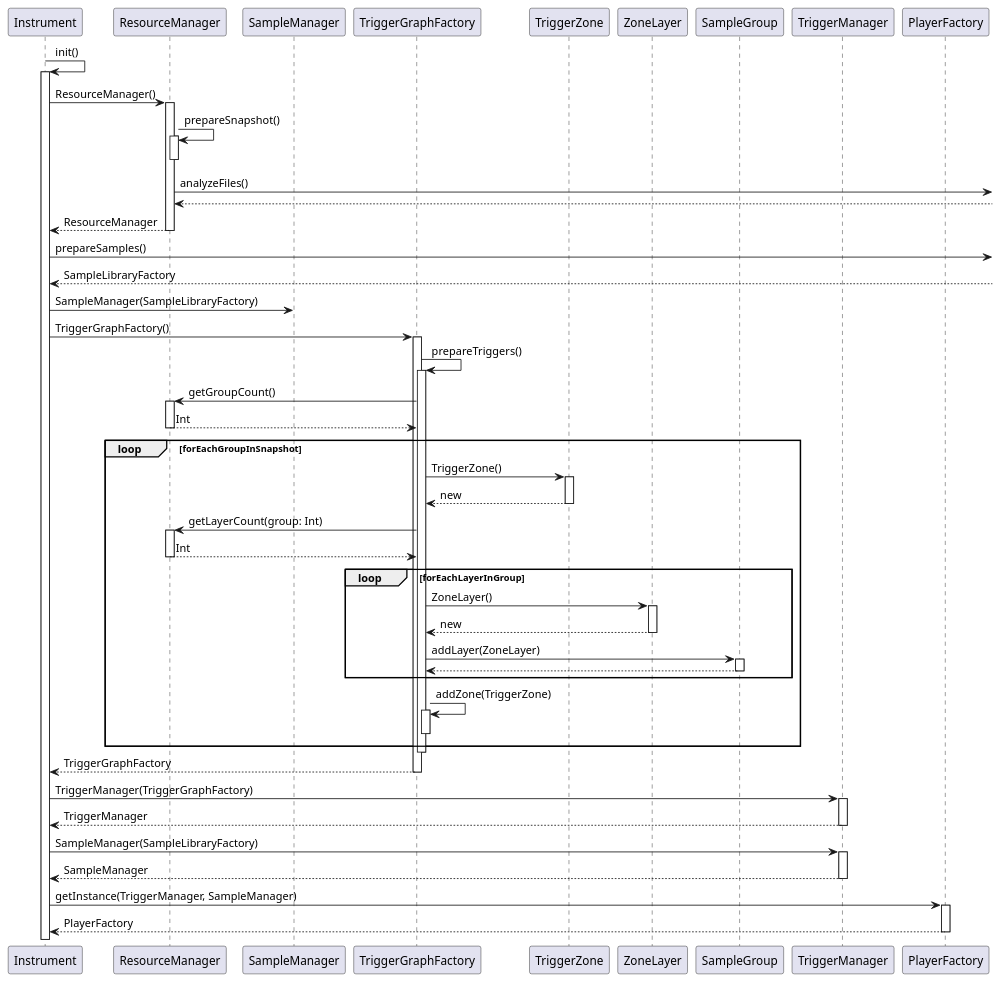
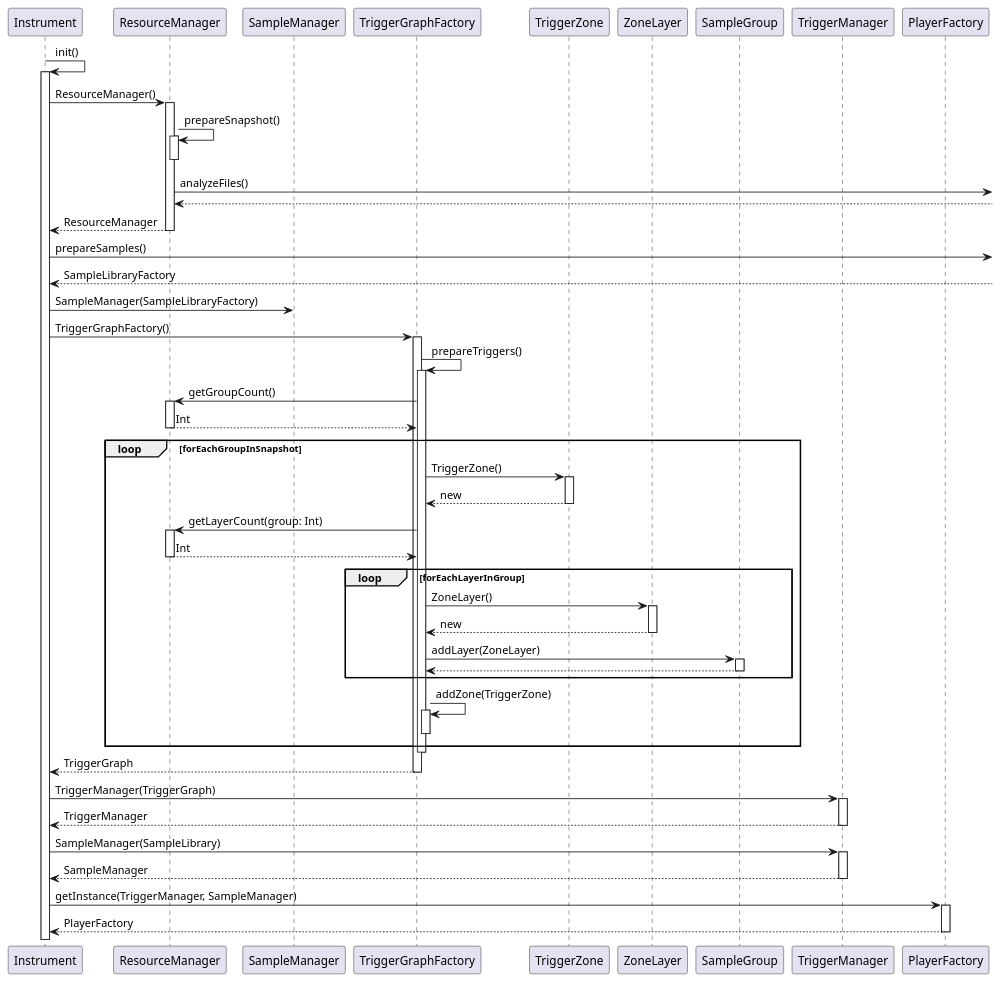
One commit to tunepruner/FingerPerc changed the diagram in app/Documentation/prepareTriggerSequence.puml. Above: the diagram before and after it, drawn with PlantUML. The commit also changed 26 other files, not shown here.

Commit message:
Finishes basics of both prepareSequences

```diff
--- a/app/Documentation/prepareTriggerSequence.puml
+++ b/app/Documentation/prepareTriggerSequence.puml
@@ -1,52 +1,52 @@
 @startuml
 Instrument->Instrument++: init()
 
 Instrument->ResourceManager++: ResourceManager()
 ResourceManager->ResourceManager++: prepareSnapshot()
 deactivate
 ResourceManager->: analyzeFiles()
 ResourceManager<--
 return ResourceManager
 Instrument->: prepareSamples()
 Instrument<--:SampleLibraryFactory
 
 
 Instrument->SampleManager: SampleManager(SampleLibraryFactory)
 
 
 Instrument->TriggerGraphFactory++: TriggerGraphFactory()
 TriggerGraphFactory->TriggerGraphFactory++: prepareTriggers()
 TriggerGraphFactory->ResourceManager++: getGroupCount()
 return Int
 
 
 loop forEachGroupInSnapshot
 TriggerGraphFactory->TriggerZone++: TriggerZone()
 return new
 TriggerGraphFactory->ResourceManager++: getLayerCount(group: Int)
 return Int
 loop forEachLayerInGroup
 TriggerGraphFactory->ZoneLayer++: ZoneLayer()
 return new
 
 
 TriggerGraphFactory->SampleGroup++:addLayer(ZoneLayer)
 return
 end loop
 TriggerGraphFactory->TriggerGraphFactory++: addZone(TriggerZone)
 deactivate
 end loop
 deactivate
-return TriggerGraphFactory
+return TriggerGraph
 
 
-Instrument->TriggerManager++: TriggerManager(TriggerGraphFactory)
+Instrument->TriggerManager++: TriggerManager(TriggerGraph)
 return TriggerManager
 
-Instrument->TriggerManager++: SampleManager(SampleLibraryFactory)
+Instrument->TriggerManager++: SampleManager(SampleLibrary)
 return SampleManager
 
 
 Instrument->PlayerFactory++: getInstance(TriggerManager, SampleManager)
 return PlayerFactory
 @enduml
```
